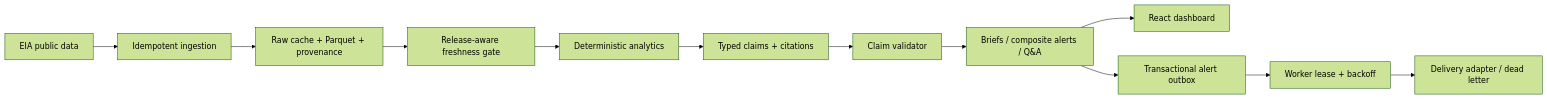
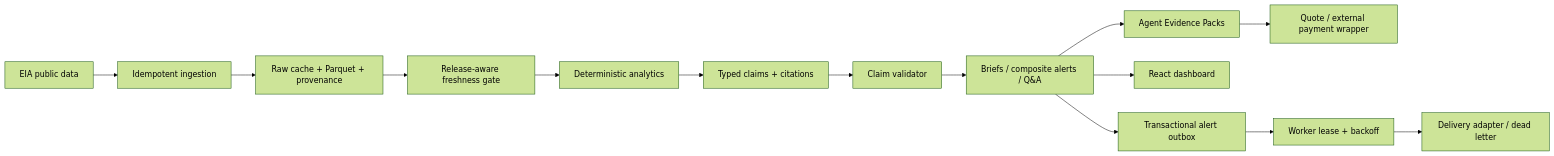
The diagram in README.md (Svyable/oil-signal), drawn with Mermaid (forest theme) before and after one commit. The commit also changed other lines of this file, not shown here.

Commit message:
docs: surface agent-native evidence products

````diff
--- a/README.md
+++ b/README.md
@@ -13,14 +13,16 @@
 ```mermaid
 flowchart LR
     EIA[EIA public data] --> ING[Idempotent ingestion]
     ING --> STORE[Raw cache + Parquet + provenance]
     STORE --> FRESH[Release-aware freshness gate]
     FRESH --> CALC[Deterministic analytics]
     CALC --> CLAIM[Typed claims + citations]
     CLAIM --> GATE[Claim validator]
     GATE --> BRIEF[Briefs / composite alerts / Q&A]
+    BRIEF --> PACK[Agent Evidence Packs]
+    PACK --> COMMERCE[Quote / external payment wrapper]
     BRIEF --> UI[React dashboard]
     BRIEF --> OUTBOX[Transactional alert outbox]
     OUTBOX --> LEASE[Worker lease + backoff]
     LEASE --> ADAPTER[Delivery adapter / dead letter]
 ```
````
